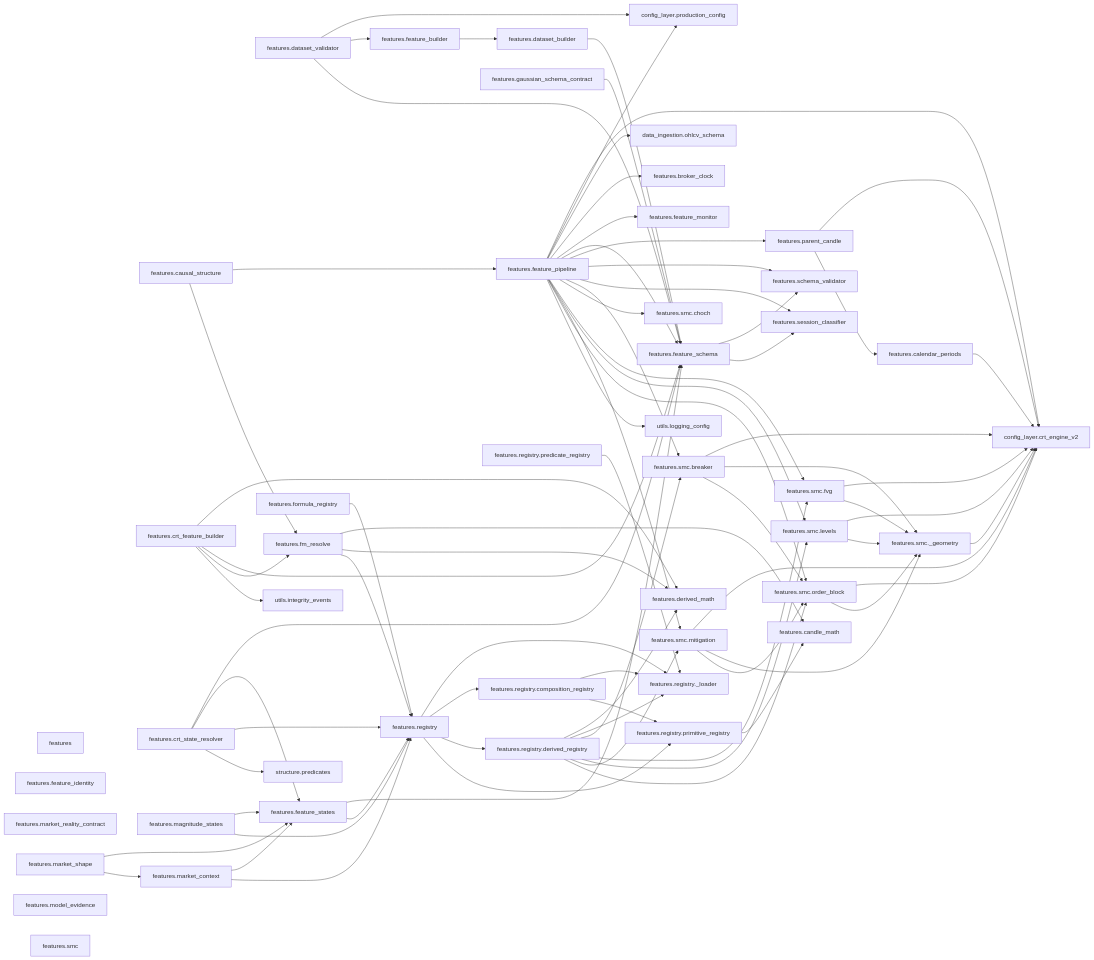
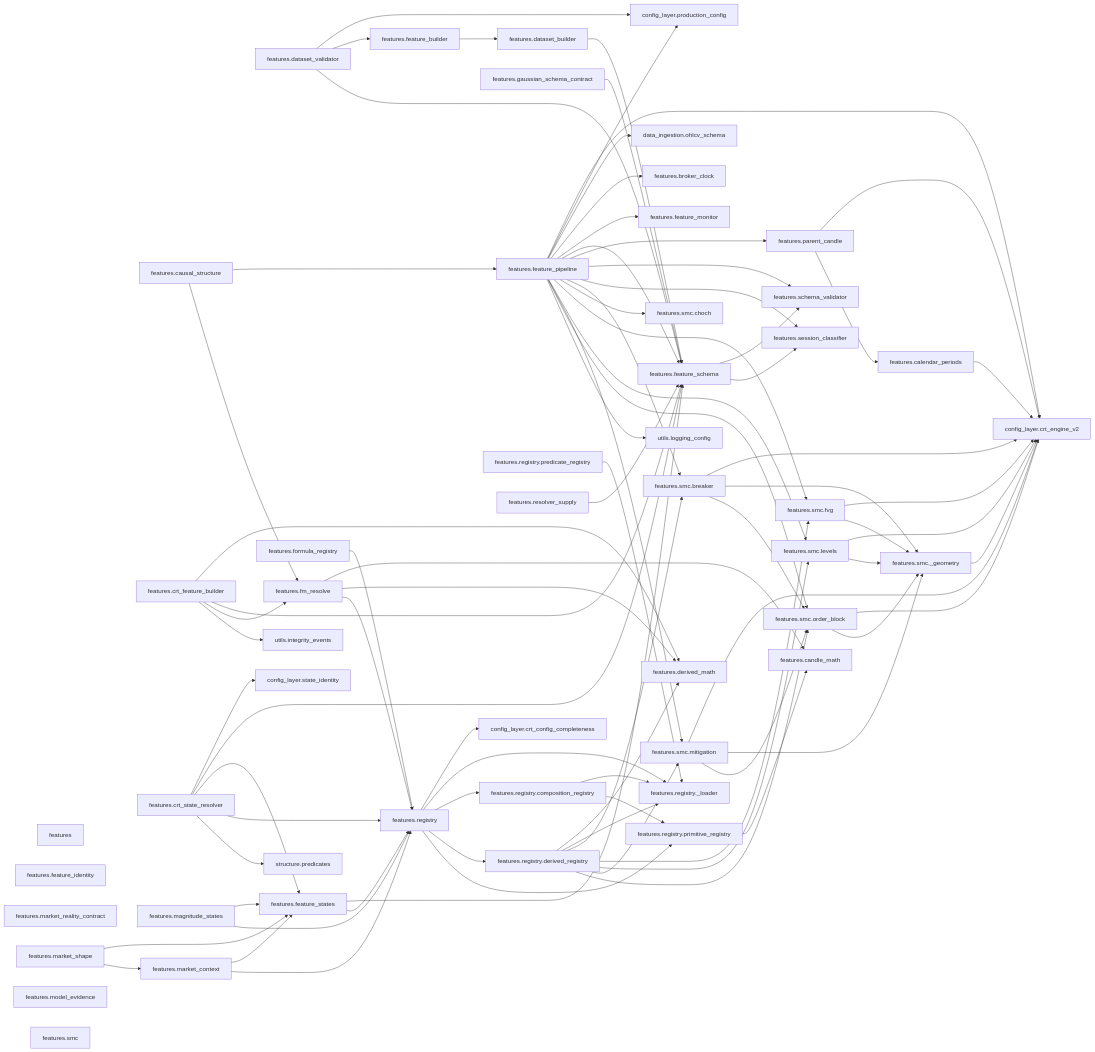
Before and after one commit to Chaithu1995-0312/TradeHlt: diagram 15 of 41 in docs/architecture/code-map.generated.md, drawn with Mermaid. The commit also changed other lines of this file and 39 other files, not shown here.

First line of the commit message:
docs: F-064 full-corpus re-measurement, feature-schema walk, architecture map sync

```diff
--- a/docs/architecture/code-map.generated.md
+++ b/docs/architecture/code-map.generated.md
@@ -871,6 +975,7 @@
     features_registry_derived_registry["features.registry.derived_registry"]
     features_registry_predicate_registry["features.registry.predicate_registry"]
     features_registry_primitive_registry["features.registry.primitive_registry"]
+    features_resolver_supply["features.resolver_supply"]
     features_schema_validator["features.schema_validator"]
     features_session_classifier["features.session_classifier"]
     features_smc["features.smc"]
@@ -881,8 +986,10 @@
     features_smc_levels["features.smc.levels"]
     features_smc_mitigation["features.smc.mitigation"]
     features_smc_order_block["features.smc.order_block"]
+    config_layer_crt_config_completeness["config_layer.crt_config_completeness"]
     config_layer_crt_engine_v2["config_layer.crt_engine_v2"]
     config_layer_production_config["config_layer.production_config"]
+    config_layer_state_identity["config_layer.state_identity"]
     data_ingestion_ohlcv_schema["data_ingestion.ohlcv_schema"]
     structure_predicates["structure.predicates"]
     utils_integrity_events["utils.integrity_events"]
@@ -894,6 +1001,7 @@
     features_crt_feature_builder --> features_feature_schema
     features_crt_feature_builder --> features_fm_resolve
     features_crt_feature_builder --> utils_integrity_events
+    features_crt_state_resolver --> config_layer_state_identity
     features_crt_state_resolver --> features_feature_schema
     features_crt_state_resolver --> features_feature_states
     features_crt_state_resolver --> features_registry
@@ -936,6 +1044,7 @@
     features_market_shape --> features_market_context
     features_parent_candle --> config_layer_crt_engine_v2
     features_parent_candle --> features_calendar_periods
+    features_registry --> config_layer_crt_config_completeness
     features_registry --> features_registry__loader
     features_registry --> features_registry_composition_registry
     features_registry --> features_registry_derived_registry
@@ -951,6 +1060,7 @@
     features_registry_derived_registry --> features_smc_order_block
     features_registry_predicate_registry --> features_registry__loader
     features_registry_primitive_registry --> features_candle_math
+    features_resolver_supply --> features_feature_schema
     features_smc__geometry --> config_layer_crt_engine_v2
     features_smc_breaker --> config_layer_crt_engine_v2
     features_smc_breaker --> features_smc__geometry
```
